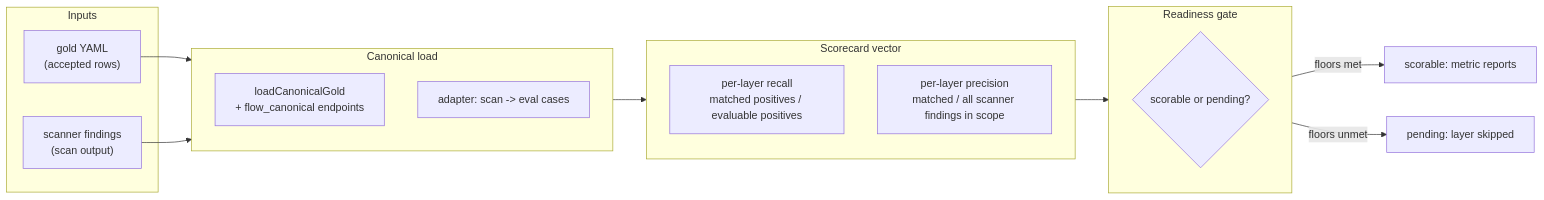
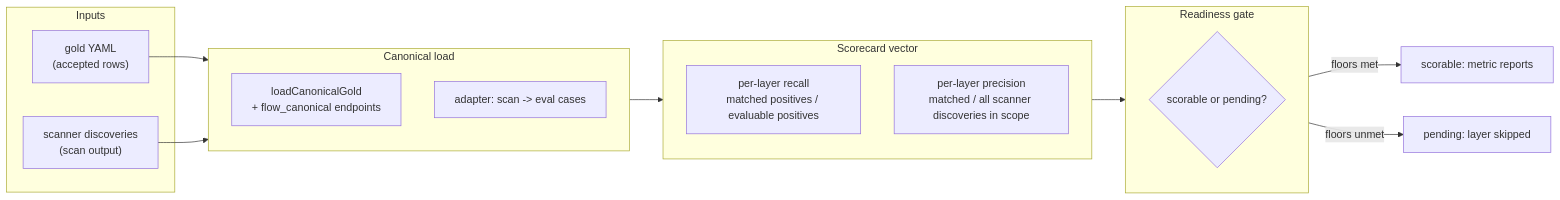
The fourth of 9 diagrams in project/wiki/scanner-evaluation-deck.md (DataParade-io/scanner), drawn with Mermaid before and after one commit. The commit also changed other lines of this file and 39 other files, not shown here.

First line of the commit message:
docs: call scanner output Discovery, not Finding

````diff
--- a/project/wiki/scanner-evaluation-deck.md
+++ b/project/wiki/scanner-evaluation-deck.md
@@ -112,25 +114,25 @@
 ```mermaid
 flowchart LR
     subgraph in [Inputs]
         G["gold YAML<br/>(accepted rows)"]
-        S["scanner findings<br/>(scan output)"]
+        S["scanner discoveries<br/>(scan output)"]
     end
     subgraph canonical [Canonical load]
         C1["loadCanonicalGold<br/>+ flow_canonical endpoints"]
         C2["adapter: scan -> eval cases"]
     end
     subgraph score [Scorecard vector]
         SC1["per-layer recall<br/>matched positives / evaluable positives"]
-        SC2["per-layer precision<br/>matched / all scanner findings in scope"]
+        SC2["per-layer precision<br/>matched / all scanner discoveries in scope"]
     end
     subgraph gate [Readiness gate]
         RG1{"scorable or pending?"}
     end
 
     G --> canonical
     S --> canonical
     canonical --> score
     score --> gate
     gate -->|"floors met"| Out1["scorable: metric reports"]
     gate -->|"floors unmet"| Out2["pending: layer skipped"]
 ```
````
